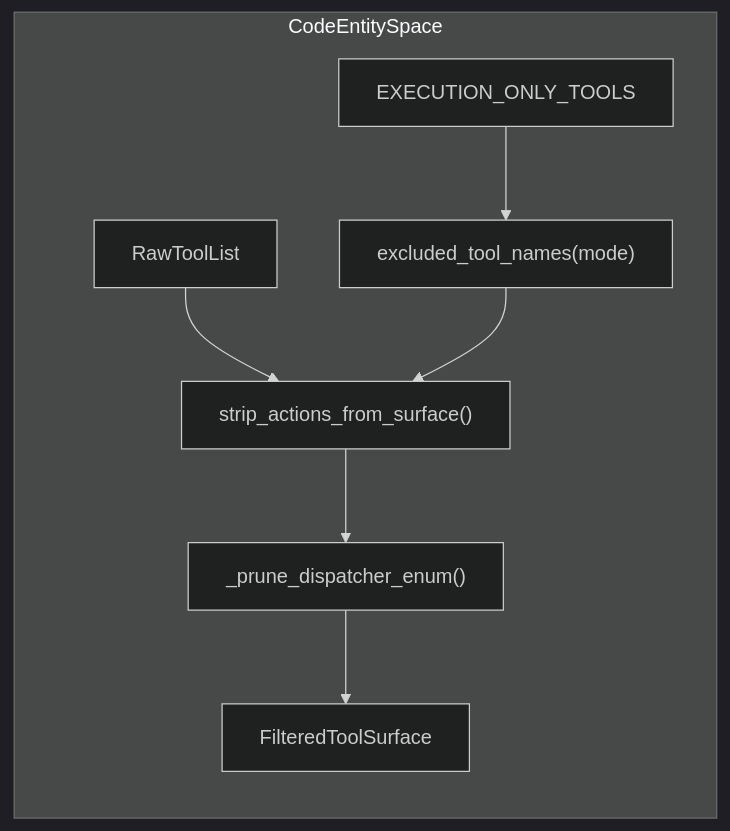
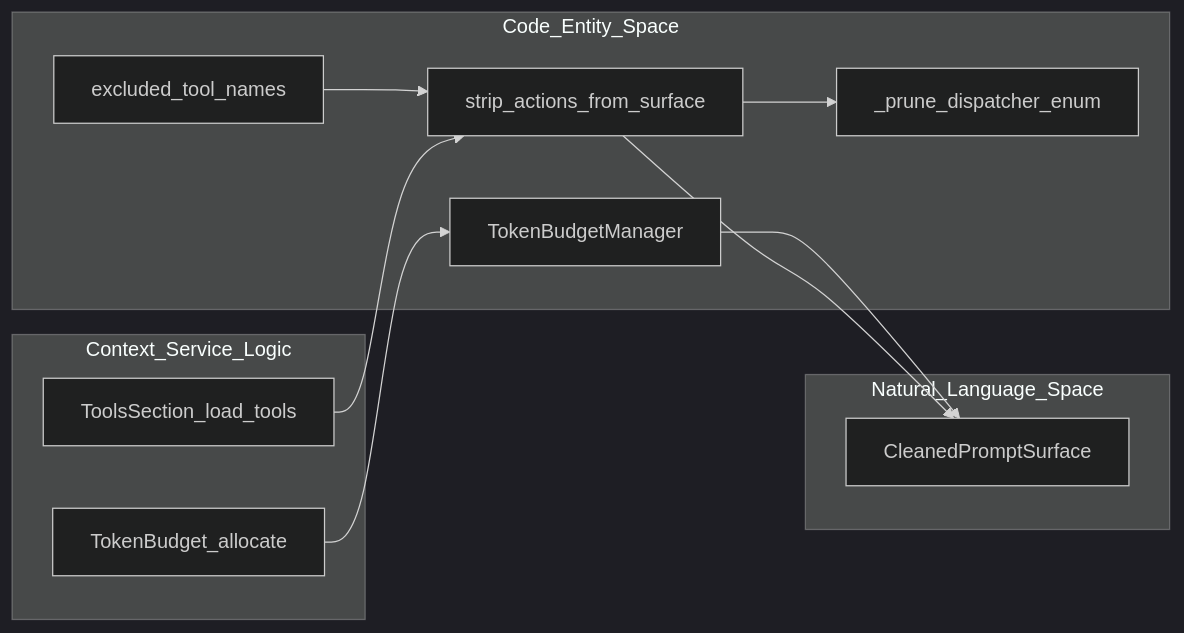
The second of 2 diagrams in docs/context-service/context-modes.md (AutomatosAI/automatos-ai), drawn with Mermaid (dark theme) before and after one commit. The commit also changed other lines of this file and 188 other files, not shown here.

First line of the commit message:
docs: refresh architecture docs and add coverage for new subsystems (#1416)

````diff
--- a/docs/context-service/context-modes.md
+++ b/docs/context-service/context-modes.md
@@ -83,17 +173,25 @@
 ```mermaid
 graph LR
-    subgraph "CodeEntitySpace"
-        ToolsInput["RawToolList"]
-        ExSet["EXECUTION_ONLY_TOOLS"]
-        ModeCheck["excluded_tool_names(mode)"]
-        StripFn["strip_actions_from_surface()"]
-        PruneEnum["_prune_dispatcher_enum()"]
-        CleanTools["FilteredToolSurface"]
+    subgraph "Code_Entity_Space"
+        ModeFn["excluded_tool_names"]
+        StripFn["strip_actions_from_surface"]
+        PruneFn["_prune_dispatcher_enum"]
+        BudgetMgr["TokenBudgetManager"]
     end
 
-    ToolsInput --> StripFn
-    ExSet --> ModeCheck
-    ModeCheck --> StripFn
-    StripFn --> PruneEnum
-    PruneEnum --> CleanTools
+    subgraph "Context_Service_Logic"
+        ToolLoad["ToolsSection_load_tools"]
+        Alloc["TokenBudget_allocate"]
+    end
+
+    subgraph "Natural_Language_Space"
+        PromptOutput["CleanedPromptSurface"]
+    end
+
+    ModeFn --> StripFn
+    StripFn --> PruneFn
+    ToolLoad --> StripFn
+    Alloc --> BudgetMgr
+    BudgetMgr --> PromptOutput
+    StripFn --> PromptOutput
 ```
````
